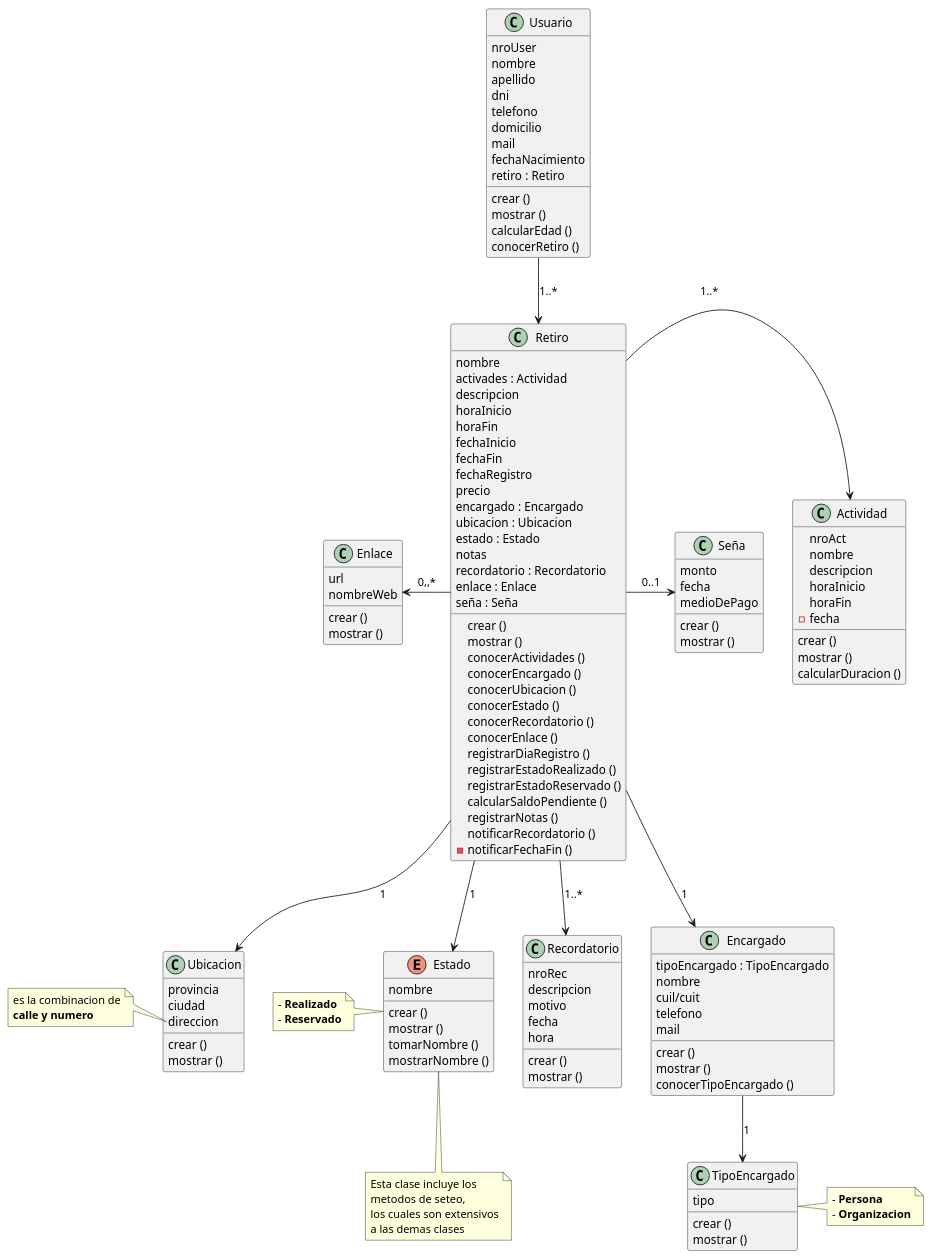
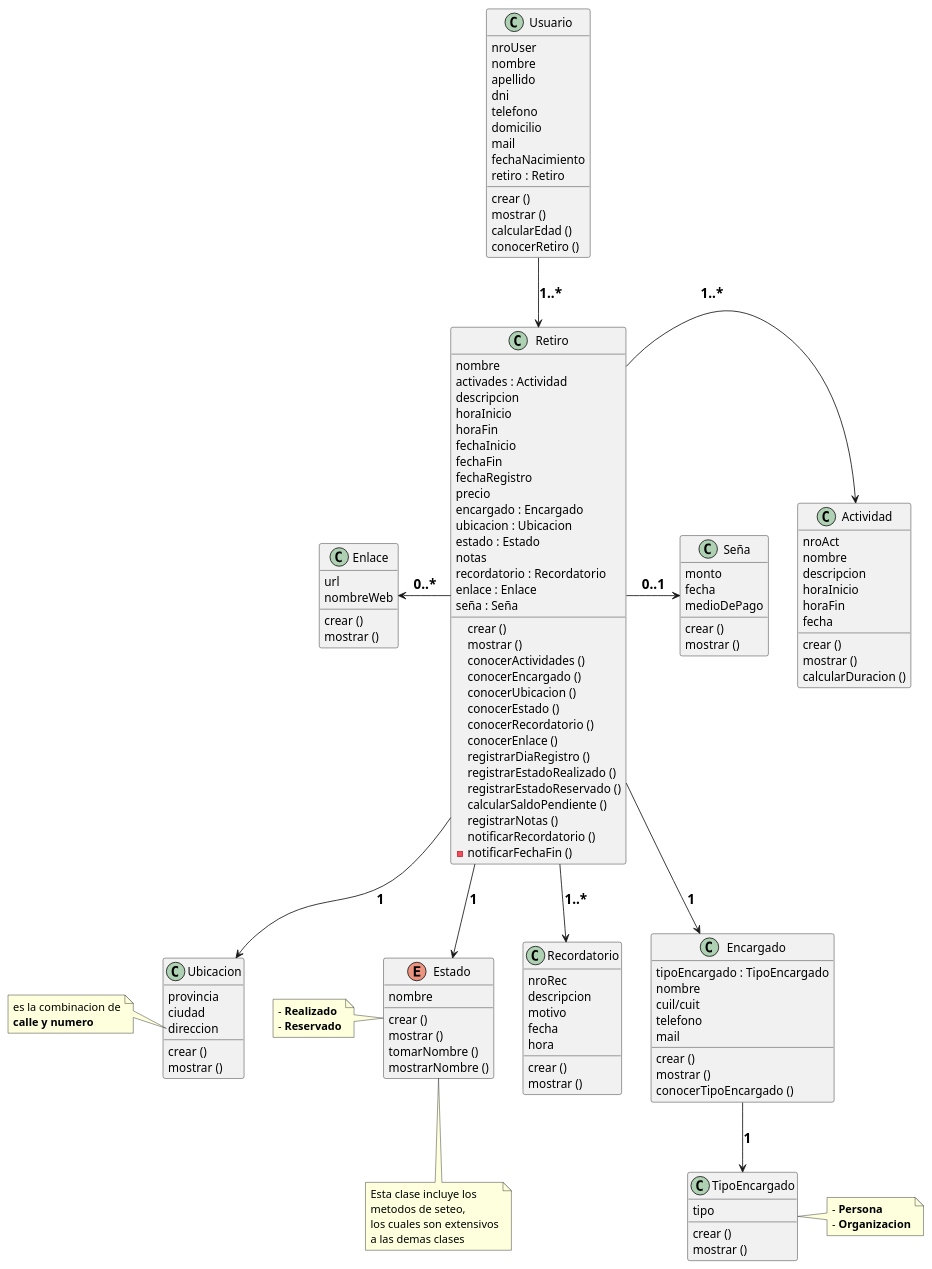
Before and after one commit to angelkemerer/diagramas-uml: the diagram in TPI/claseTPI.puml, drawn with PlantUML. The commit also changed 2 other files, not shown here.

```diff
--- a/TPI/claseTPI.puml
+++ b/TPI/claseTPI.puml
@@ -1,150 +1,152 @@
 @startuml diagrama de clases TPI.V1
 ' DEFINICION DE CLASES
+' skinparam classAttributeFontSize 18
+
 class Usuario {
     nroUser
     nombre
     apellido
     dni
     telefono
     domicilio
     mail
     fechaNacimiento
     retiro : Retiro
     crear ()
     mostrar ()
     calcularEdad ()
     conocerRetiro ()
 }
 class Retiro {
     nombre
     activades : Actividad
     descripcion
     horaInicio
     horaFin
     fechaInicio
     fechaFin
     fechaRegistro
     precio
     encargado : Encargado
     ubicacion : Ubicacion
     estado : Estado
     notas
     recordatorio : Recordatorio
     enlace : Enlace
     seña : Seña
     crear ()
     mostrar ()
     conocerActividades ()
     conocerEncargado ()
     conocerUbicacion ()
     conocerEstado ()
     conocerRecordatorio ()
     conocerEnlace ()
     registrarDiaRegistro ()
     registrarEstadoRealizado ()
     registrarEstadoReservado ()
     calcularSaldoPendiente ()
     registrarNotas ()
     notificarRecordatorio ()
     - notificarFechaFin ()
 }
 class Actividad {
     nroAct
     nombre
     descripcion
     horaInicio
     horaFin
-    - fecha 
+    fecha 
     crear ()
     mostrar ()
     calcularDuracion ()
 }
 
 class Ubicacion {
     provincia
     ciudad
     direccion
     crear ()
     mostrar ()
 }
 
 enum Estado {
     nombre
     crear ()
     mostrar ()
     tomarNombre ()
     mostrarNombre ()
 }
 
 class Recordatorio {
     nroRec
     descripcion
     motivo
     fecha
     hora
     crear ()
     mostrar ()
 }
 
 class Enlace {
     url
     nombreWeb
     crear ()
     mostrar ()
 }
 
 class Encargado {
     tipoEncargado : TipoEncargado
     nombre
     cuil/cuit
     telefono
     mail
     crear ()
     mostrar ()
     conocerTipoEncargado ()
 }
 
 class TipoEncargado {
     tipo
     crear ()
     mostrar ()
 }
 
 class Seña {
     monto
     fecha
     medioDePago
     crear ()
     mostrar ()
 }
 
 ' NOTAS CON  POSICIONAMIENTO
 note left of Ubicacion::direccion
     es la combinacion de
     <b>calle y numero</b>
 end note
 note right of TipoEncargado
     - <b>Persona</b>
     - <b>Organizacion</b>
 end note
 note left of Estado
     - <b>Realizado</b>
     - <b>Reservado</b>
 end note
 
 ' NOTAS CON ALIAS
 note "Esta clase incluye los\nmetodos de seteo,\nlos cuales son extensivos\na las demas clases" as N1
 
 ' RELACIONES 
-Usuario --> Retiro : 1..*
-Retiro -> Actividad : 1..*
-Retiro -down-> Ubicacion : 1
-Retiro -down-> Estado : 1
+Usuario --> Retiro : <size: 16><b>1..*</b></size>
+Retiro -> Actividad : <size: 16><b>1..*</b></size>
+Retiro -down-> Ubicacion : <size: 16><b>1</b></size>
+Retiro -down-> Estado : <size: 16><b>1</b></size>
 Estado .down. N1
-Retiro -down-> Encargado : 1
-Encargado -down-> TipoEncargado : 1
-Retiro --> Recordatorio : 1..*
-Retiro -left-> Enlace : 0,,*
-Retiro -right-> Seña : 0..1
+Retiro -down-> Encargado : <size: 16><b>1</b></size>
+Encargado -down-> TipoEncargado : <size: 16><b>1</b></size>
+Retiro --> Recordatorio : <size: 16><b>1..*</b></size>
+Retiro -left-> Enlace : <size: 16><b>0..*</b></size>
+Retiro -right-> Seña : <size: 16><b>0..1</b></size>
 
 @enduml
```
